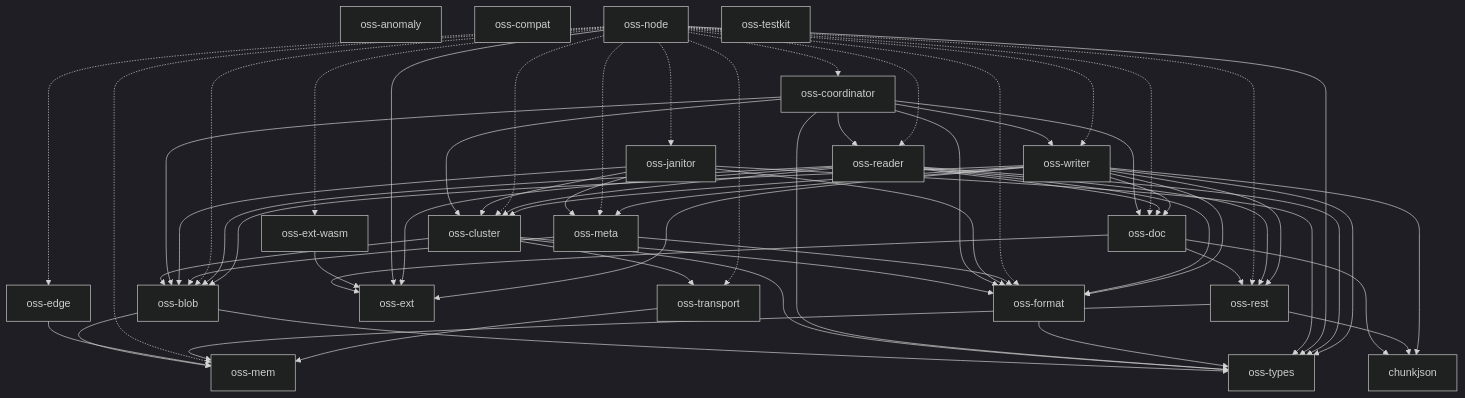
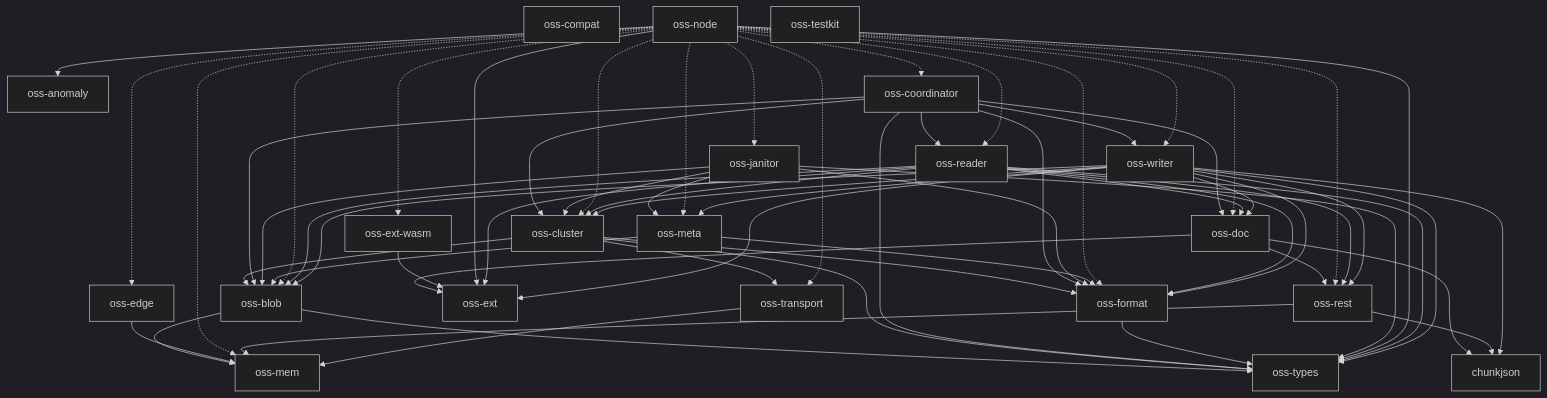
The diagram in docs/architecture.md (huyz0/opensearch-serverless), drawn with Mermaid (dark theme) before and after one commit. The commit also changed 23 other files, not shown here.

````diff
--- a/docs/architecture.md
+++ b/docs/architecture.md
@@ -10,71 +10,72 @@
 ```mermaid
 graph TD
     chunkjson
     oss-anomaly
     oss-blob --> oss-mem
     oss-blob --> oss-types
     oss-cluster --> oss-blob
     oss-cluster --> oss-format
     oss-cluster --> oss-transport
     oss-cluster --> oss-types
     oss-compat
     oss-coordinator --> oss-blob
     oss-coordinator --> oss-cluster
     oss-coordinator --> oss-doc
     oss-coordinator --> oss-format
     oss-coordinator --> oss-reader
     oss-coordinator --> oss-types
     oss-coordinator --> oss-writer
     oss-doc --> chunkjson
     oss-doc --> oss-ext
     oss-doc --> oss-rest
     oss-edge --> oss-mem
     oss-ext
     oss-ext-wasm --> oss-ext
     oss-format --> oss-types
     oss-janitor --> oss-blob
     oss-janitor --> oss-cluster
     oss-janitor --> oss-format
     oss-janitor --> oss-meta
     oss-janitor --> oss-types
     oss-mem
     oss-meta --> oss-blob
     oss-meta --> oss-format
+    oss-node --> oss-anomaly
     oss-node -.-> oss-blob
     oss-node -.-> oss-cluster
     oss-node -.-> oss-coordinator
     oss-node -.-> oss-doc
     oss-node -.-> oss-edge
     oss-node --> oss-ext
     oss-node -.-> oss-ext-wasm
     oss-node -.-> oss-format
     oss-node -.-> oss-janitor
     oss-node -.-> oss-mem
     oss-node -.-> oss-meta
     oss-node -.-> oss-reader
     oss-node -.-> oss-rest
     oss-node -.-> oss-transport
     oss-node --> oss-types
     oss-node -.-> oss-writer
     oss-reader --> oss-blob
     oss-reader --> oss-cluster
     oss-reader --> oss-doc
     oss-reader --> oss-ext
     oss-reader --> oss-format
     oss-reader --> oss-rest
     oss-reader --> oss-types
     oss-rest --> chunkjson
     oss-rest --> oss-mem
     oss-testkit
     oss-transport --> oss-mem
     oss-types
     oss-writer --> chunkjson
     oss-writer --> oss-blob
     oss-writer --> oss-cluster
     oss-writer --> oss-doc
     oss-writer --> oss-ext
     oss-writer --> oss-format
     oss-writer --> oss-meta
     oss-writer --> oss-rest
     oss-writer --> oss-types
 ```
````
